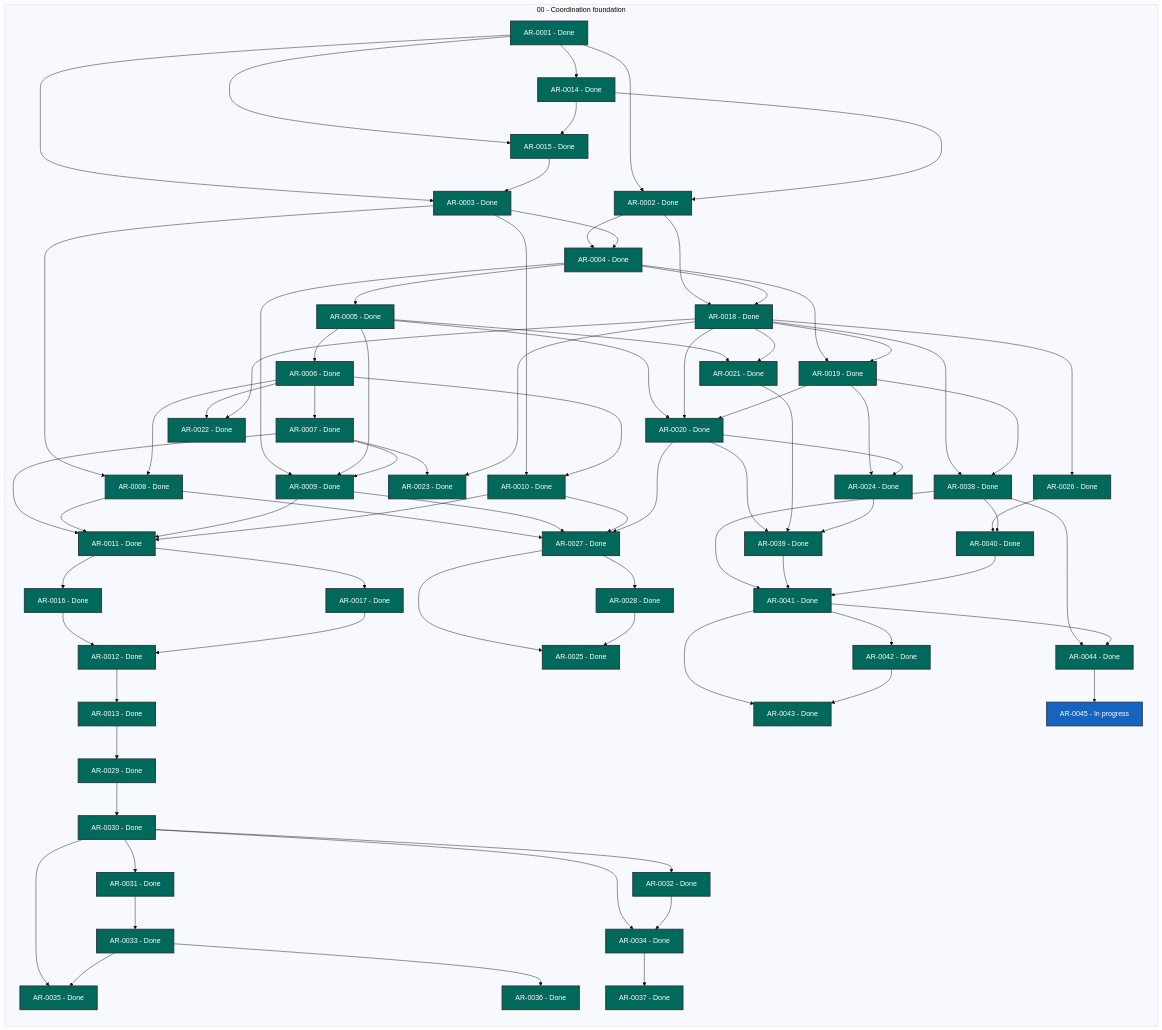
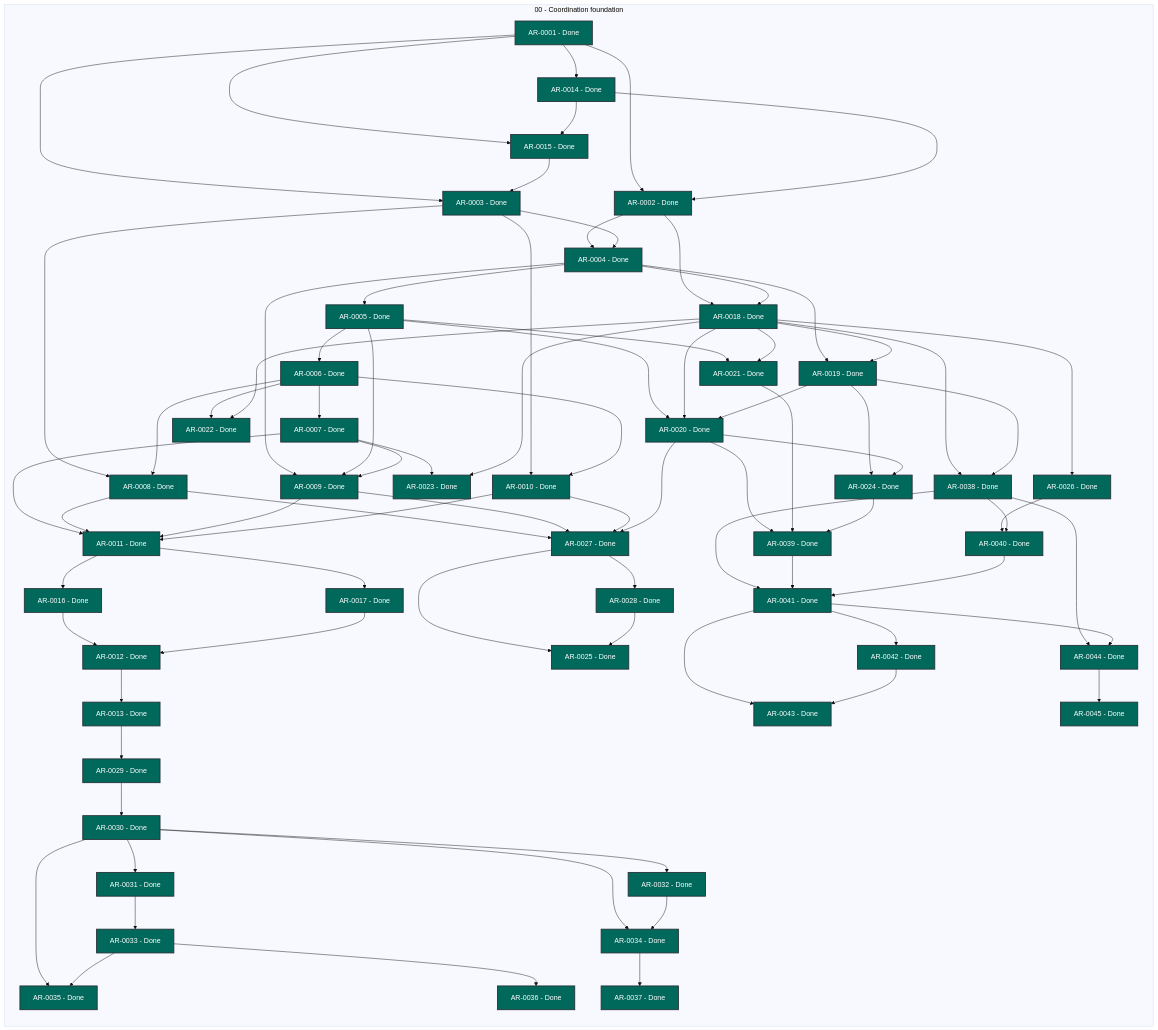
Before and after one commit to martin-beck/agent-workflow-tui-state: the diagram in STATUS.md, drawn with Mermaid (base theme). The commit also changed other lines of this file and 2 other files, not shown here.

```diff
--- a/STATUS.md
+++ b/STATUS.md
@@ -72,7 +72,7 @@
         AR_0042["AR-0042 - Done"]:::status_done
         AR_0043["AR-0043 - Done"]:::status_done
         AR_0044["AR-0044 - Done"]:::status_done
-        AR_0045["AR-0045 - In progress"]:::status_in_progress
+        AR_0045["AR-0045 - Done"]:::status_done
     end
     AR_0001 --> AR_0002
     AR_0001 --> AR_0003
```
